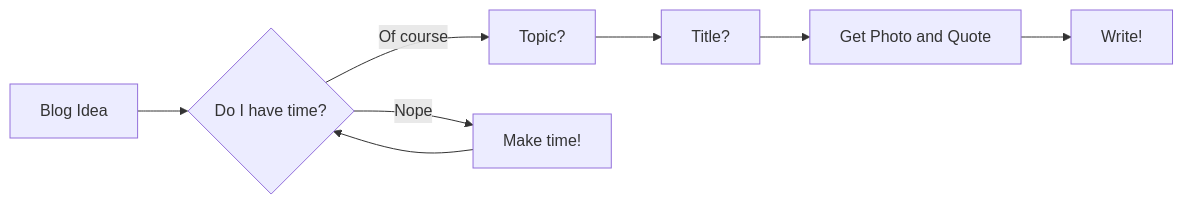
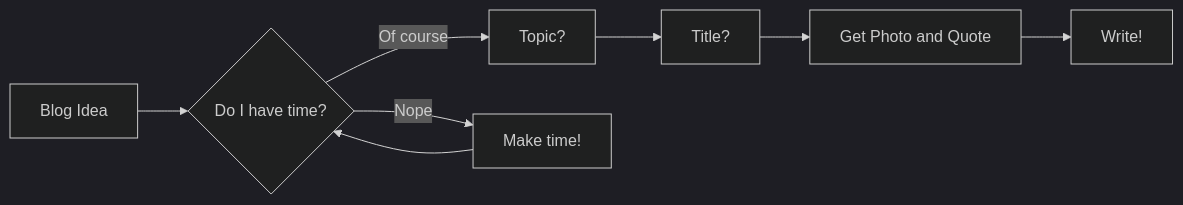
The diagram in src/posts/2022-02-17-mermaid-support/index.md (roxberry/roxberry.dev), drawn with Mermaid before and after one commit.

Commit message:
chore: apply dark theme for mermaid

````diff
--- a/src/posts/2022-02-17-mermaid-support/index.md
+++ b/src/posts/2022-02-17-mermaid-support/index.md
@@ -25,10 +25,11 @@
 ```mermaid
+%%{init: {'theme': 'dark', "flowchart" : { "curve" : "basis" } } }%%
 flowchart LR
 A[Blog Idea] --> B{Do I have time?}
 B --> |Of course| C[Topic?]
 C --> D[Title?]
 D --> E[Get Photo and Quote]
 E --> F[Write!]
 B --> |Nope| H[Make time!]
 H --> B
 ```
````
